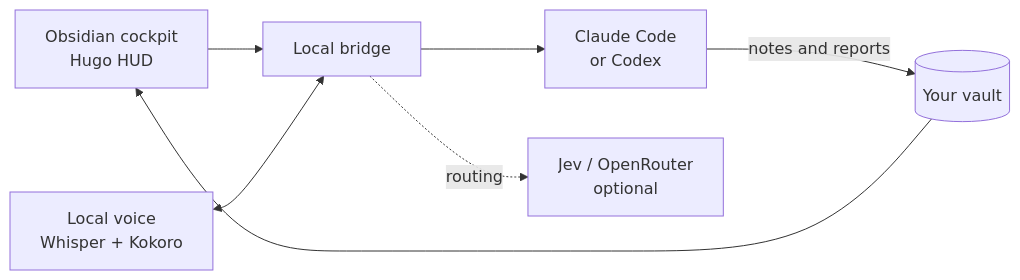
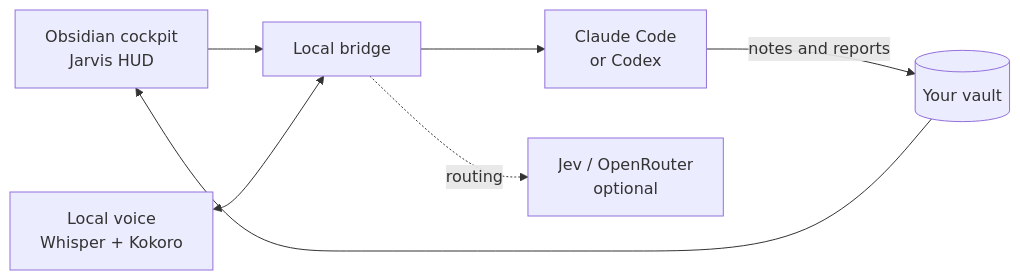
One commit to CMGChris/agentic-os changed the diagram in docs/assets/architecture.mmd. Above: the diagram before and after it, drawn with Mermaid. The commit also changed 226 other files, not shown here.

```diff
--- a/docs/assets/architecture.mmd
+++ b/docs/assets/architecture.mmd
@@ -1,8 +1,8 @@
 %% Editable source for architecture.svg. Render with Mermaid using htmlLabels: false.
 flowchart LR
-    UI["Obsidian cockpit<br/>Hugo HUD"] --> B["Local bridge"]
+    UI["Obsidian cockpit<br/>Jarvis HUD"] --> B["Local bridge"]
     B --> A["Claude Code<br/>or Codex"]
     A -- "notes and reports" --> V[("Your vault")]
     V --> UI
     S["Local voice<br/>Whisper + Kokoro"] <--> B
     B -. "routing" .-> J["Jev / OpenRouter<br/>optional"]
```
